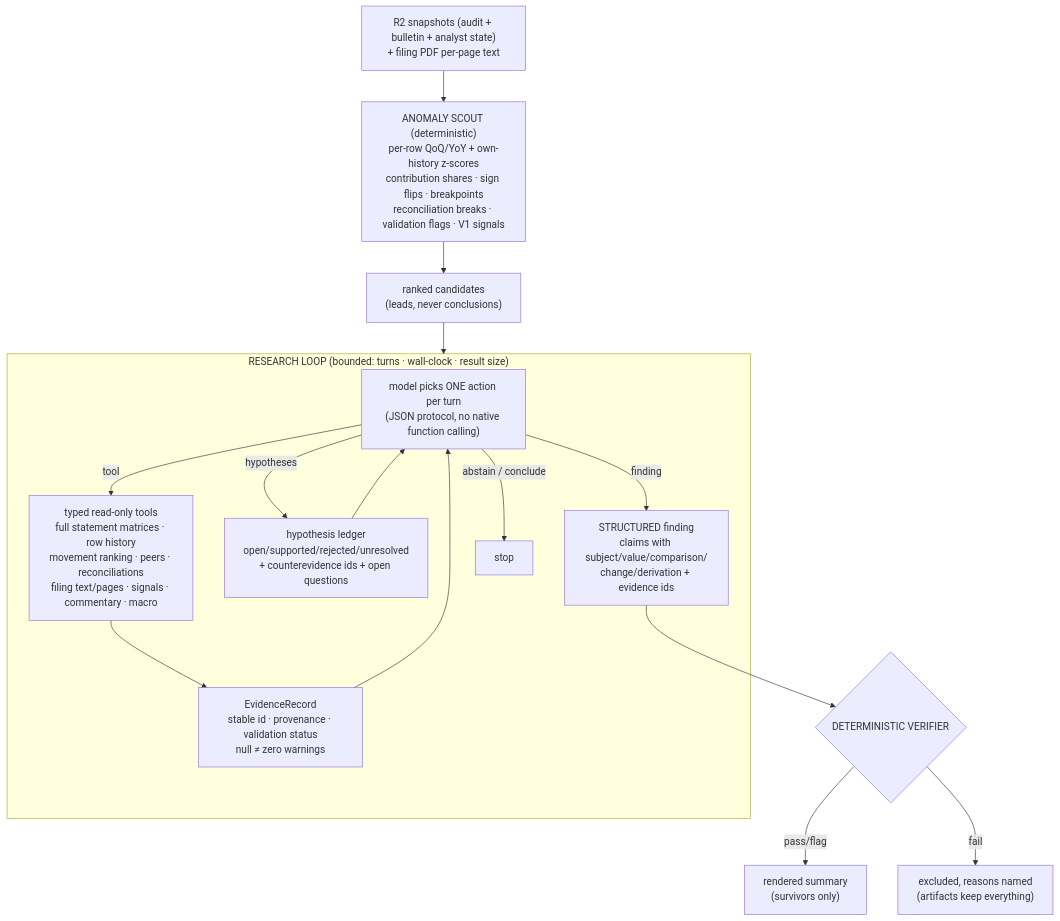
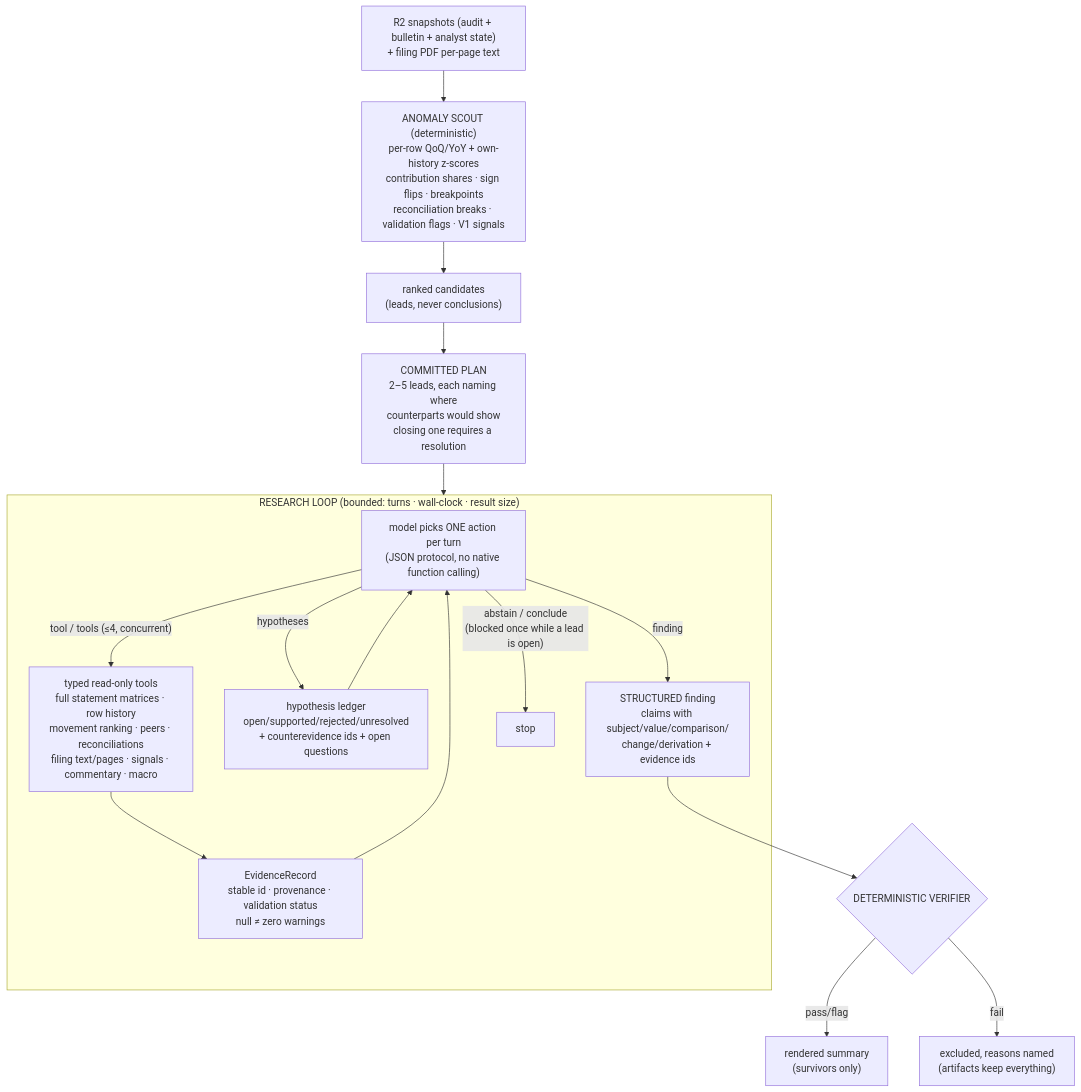
One commit to incesalim/Carthago changed the diagram in docs/ANALYST_V2.md. Above: the diagram before and after it, drawn with Mermaid. The commit also changed other lines of this file and 11 other files, not shown here.

````diff
--- a/docs/ANALYST_V2.md
+++ b/docs/ANALYST_V2.md
@@ -20,18 +20,19 @@
 ```mermaid
 flowchart TD
     S["R2 snapshots (audit + bulletin + analyst state)\n+ filing PDF per-page text"] --> B
     B["ANOMALY SCOUT (deterministic)\nper-row QoQ/YoY + own-history z-scores\ncontribution shares · sign flips · breakpoints\nreconciliation breaks · validation flags · V1 signals"] --> C["ranked candidates\n(leads, never conclusions)"]
-    C --> L
+    C --> P["COMMITTED PLAN\n2–5 leads, each naming where\ncounterparts would show\nclosing one requires a resolution"]
+    P --> L
     subgraph L ["RESEARCH LOOP (bounded: turns · wall-clock · result size)"]
-        M["model picks ONE action per turn\n(JSON protocol, no native function calling)"] -->|tool| T["typed read-only tools\nfull statement matrices · row history\nmovement ranking · peers · reconciliations\nfiling text/pages · signals · commentary · macro"]
+        M["model picks ONE action per turn\n(JSON protocol, no native function calling)"] -->|"tool / tools (≤4, concurrent)"| T["typed read-only tools\nfull statement matrices · row history\nmovement ranking · peers · reconciliations\nfiling text/pages · signals · commentary · macro"]
         T --> E["EvidenceRecord\nstable id · provenance · validation status\nnull ≠ zero warnings"]
         E --> M
         M -->|hypotheses| H["hypothesis ledger\nopen/supported/rejected/unresolved\n+ counterevidence ids + open questions"]
         H --> M
         M -->|finding| F["STRUCTURED finding\nclaims with subject/value/comparison/\nchange/derivation + evidence ids"]
-        M -->|"abstain / conclude"| X["stop"]
+        M -->|"abstain / conclude\n(blocked once while a lead is open)"| X["stop"]
     end
     F --> V{"DETERMINISTIC VERIFIER"}
     V -- pass/flag --> R["rendered summary\n(survivors only)"]
     V -- fail --> D["excluded, reasons named\n(artifacts keep everything)"]
 ```
````
